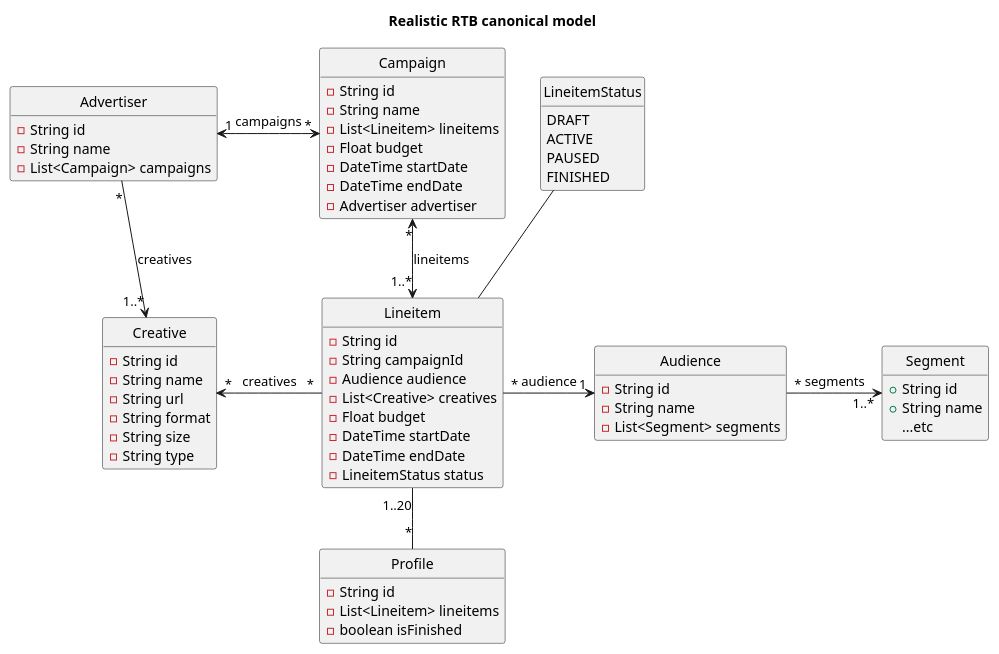
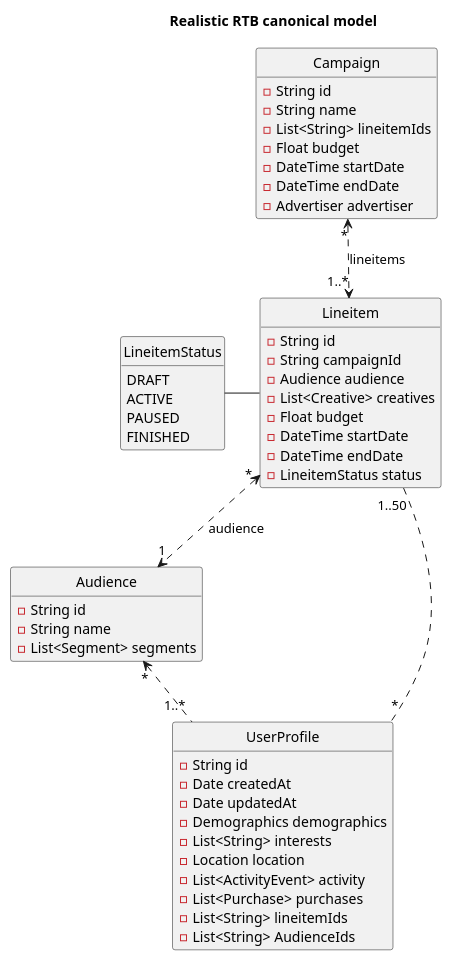
One commit to aerospike-examples/UseCases changed the first of 3 diagrams in AdTech/architecture/model/realistic-rtb-canonical.puml. Above: the diagram before and after it, drawn with PlantUML. The commit also changed 11 other files, not shown here.

```diff
--- a/AdTech/architecture/model/realistic-rtb-canonical.puml
+++ b/AdTech/architecture/model/realistic-rtb-canonical.puml
@@ -3,86 +3,135 @@
 @startuml
 
 title Realistic RTB canonical model
 
 hide circle
 
 hide empty members
 
-class Profile {
-    - String id
-    - List<Lineitem> lineitems
-    - boolean isFinished
+hide Segment
+hide Demographics
+hide Location
+hide Creative
+hide Advertiser
+hide ActivityEvent
+hide Purchase
 
+class UserProfile {
+  - String id
+  - Date createdAt
+  - Date updatedAt
+  - Demographics demographics
+  - List<String> interests
+  - Location location
+  - List<ActivityEvent> activity
+  - List<Purchase> purchases
+  - List<String> lineitemIds
+  - List<String> AudienceIds
 }
+
+class Demographics {
+  +String ageRange
+  +String gender
+  +String location
+  ...etc
+}
+
+class Location {
+  +String city
+  +String state
+  +String country
+  ...etc
+}
+
+class ActivityEvent {
+  +String url
+  +Date timestamp
+  ...etc
+}
+
+class Purchase {
+  +String itemId
+  +Date purchaseDate
+  +float amount
+  ...etc
+}
+
+UserProfile "1" -- "1" Demographics
+UserProfile "1" -- "1" Location
+UserProfile "1" -- "1..*" ActivityEvent : activity
+UserProfile "1" -- "1..*" Purchase : purchases
+
 
 enum LineitemStatus {
     DRAFT
     ACTIVE
     PAUSED
     FINISHED
 }
 
 class Campaign {
     - String id
     - String name
-    - List<Lineitem> lineitems
+    - List<String> lineitemIds
     - Float budget
     - DateTime startDate
     - DateTime endDate
     - Advertiser advertiser
 }
 
 
 class Lineitem {
     - String id
     - String campaignId
     - Audience audience
     - List<Creative> creatives
     - Float budget
     - DateTime startDate
     - DateTime endDate
     - LineitemStatus status
 }
 
 class Audience {
     - String id
     - String name
     - List<Segment> segments
 }
 
 class Segment {
   +String id
   +String name
   ...etc
 }
 
 
 
 
 class Advertiser {
     - String id
     - String name
     - List<Campaign> campaigns
 }
 
 
 class Creative {
     - String id
     - String name
     - String url
     - String format
     - String size
     - String type
 }
 
-Campaign "*" <--> "1..*" Lineitem : lineitems
+Campaign "*" <..> "1..*" Lineitem : lineitems
 Advertiser "1" <-> "*" Campaign : campaigns
 Advertiser "*" --> "1..*" Creative : creatives
 Creative "*" <- "*" Lineitem : creatives
-Lineitem "*" -> "1" Audience : audience
-LineitemStatus -- Lineitem
-Lineitem "1..20" -- "*" Profile
+Lineitem "*" <..> "1" Audience : audience
+LineitemStatus - Lineitem
+Lineitem "1..50" .. "*" UserProfile
 Audience "*" -> "1..*" Segment : segments
+Audience "*" <.. "1..*" UserProfile
+
 
 
 @enduml
```
